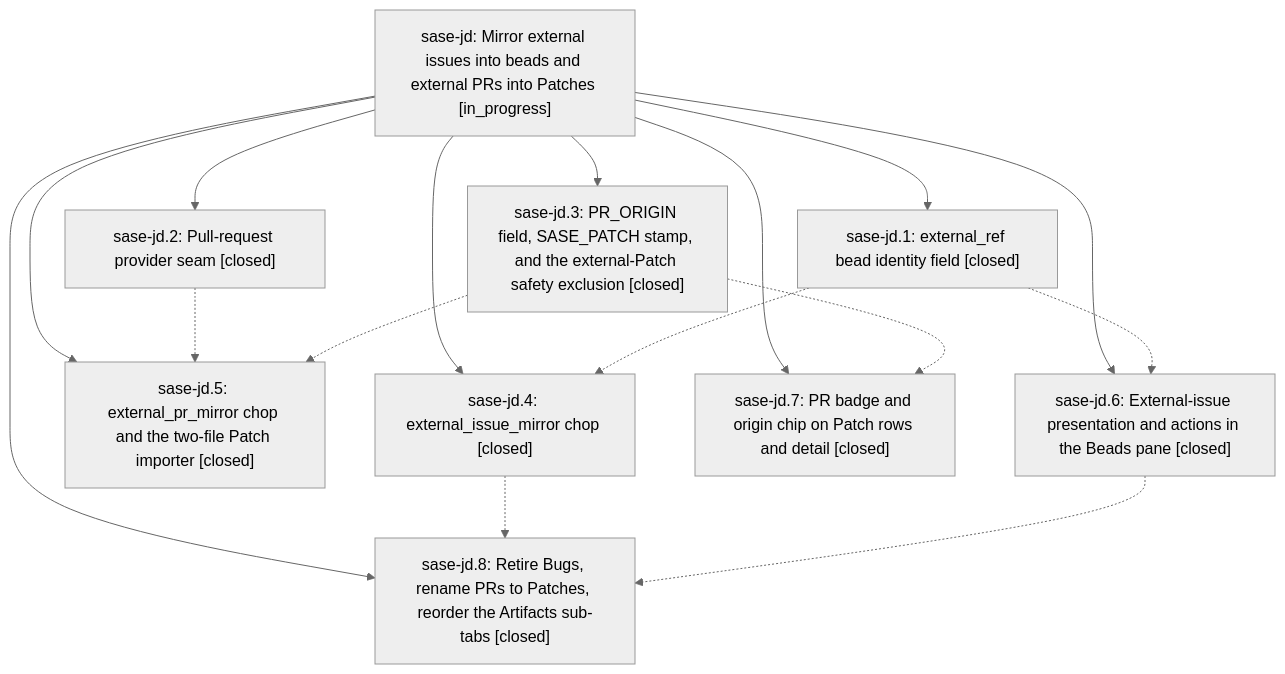
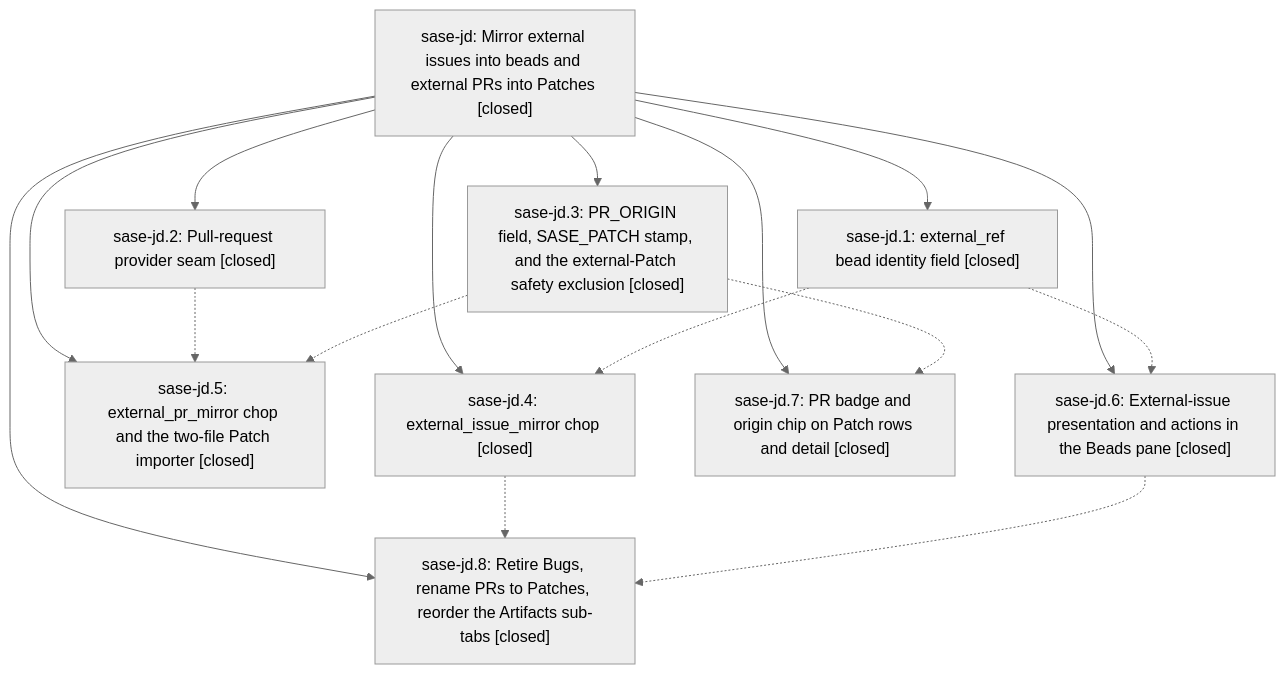
The diagram in pages/sase-jd/README.md (sase-org/sase--beads), drawn with Mermaid (neutral theme) before and after one commit. The commit also changed other lines of this file, not shown here.

First line of the commit message:
chore(beads): sync bead state and pages for sase-jd

````diff
--- a/pages/sase-jd/README.md
+++ b/pages/sase-jd/README.md
@@ -35,27 +60,27 @@
 ```mermaid
 flowchart TD
-    n0["sase-jd: Mirror external issues into beads and external PRs into Patches [in_progress]"]
+    n0["sase-jd: Mirror external issues into beads and external PRs into Patches [closed]"]
     n1["sase-jd.1: external_ref bead identity field [closed]"]
     n2["sase-jd.2: Pull-request provider seam [closed]"]
     n3["sase-jd.3: PR_ORIGIN field, SASE_PATCH stamp, and the external-Patch safety exclusion [closed]"]
     n4["sase-jd.4: external_issue_mirror chop [closed]"]
     n5["sase-jd.5: external_pr_mirror chop and the two-file Patch importer [closed]"]
     n6["sase-jd.6: External-issue presentation and actions in the Beads pane [closed]"]
     n7["sase-jd.7: PR badge and origin chip on Patch rows and detail [closed]"]
     n8["sase-jd.8: Retire Bugs, rename PRs to Patches, reorder the Artifacts sub-tabs [closed]"]
     n0 --> n1
     n0 --> n2
     n0 --> n3
     n0 --> n4
     n0 --> n5
     n0 --> n6
     n0 --> n7
     n0 --> n8
     n1 -.-> n4
     n1 -.-> n6
     n2 -.-> n5
     n3 -.-> n5
     n3 -.-> n7
     n4 -.-> n8
     n6 -.-> n8
 ```
````
